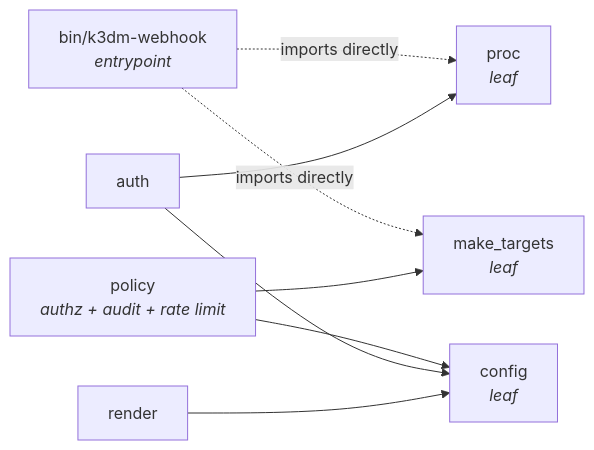
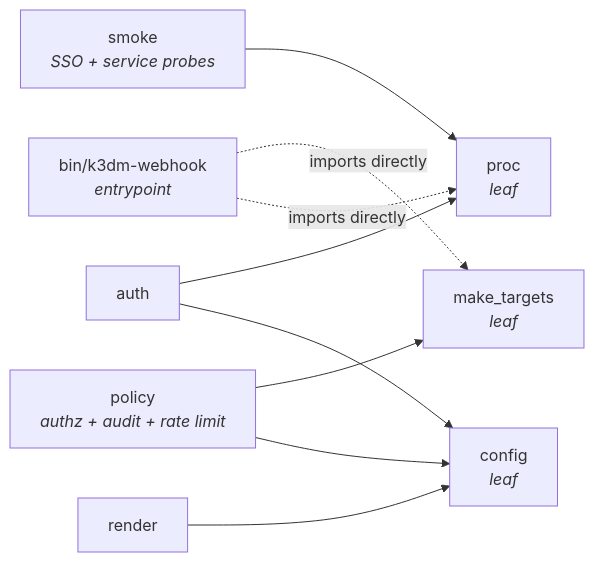
Before and after one commit to wilddog64/k3d-manager: the first of 2 diagrams in docs/architecture/webhook-server.md, drawn with Mermaid. The commit also changed other lines of this file and 4 other files, not shown here.

First line of the commit message:
refactor(webhook): extract the SSO smoke client into webhook/smoke.py

````diff
--- a/docs/architecture/webhook-server.md
+++ b/docs/architecture/webhook-server.md
@@ -68,18 +69,20 @@
 ```mermaid
 flowchart LR
     ENTRY["bin/k3dm-webhook<br/><i>entrypoint</i>"]
     RENDER["render"]
     AUTH["auth"]
     CONFIG["config<br/><i>leaf</i>"]
     PROC["proc<br/><i>leaf</i>"]
     MAKE["make_targets<br/><i>leaf</i>"]
     POLICY["policy<br/><i>authz + audit + rate limit</i>"]
+    SMOKE["smoke<br/><i>SSO + service probes</i>"]
 
     RENDER --> CONFIG
     AUTH --> CONFIG
     AUTH --> PROC
     POLICY --> CONFIG
     POLICY --> MAKE
+    SMOKE --> PROC
     ENTRY -.->|"imports directly"| PROC
     ENTRY -.->|"imports directly"| MAKE
 ```
````
